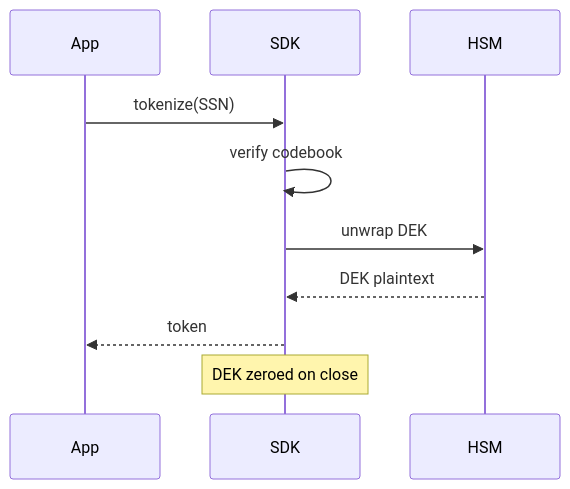
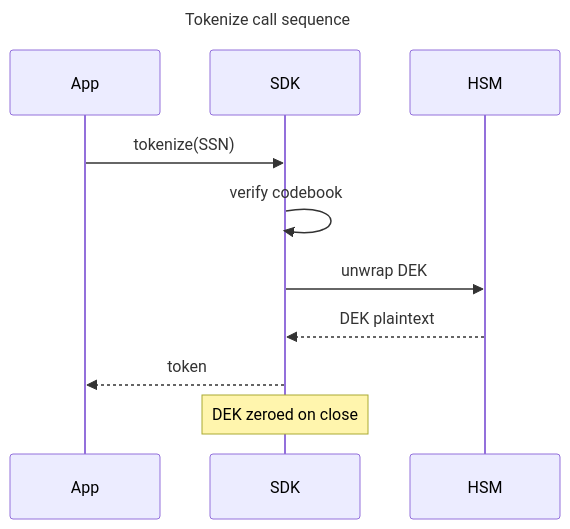
One commit to SlideWright/lattice changed the second of 25 diagrams in examples/mermaid-gallery.md. Above: the diagram before and after it, drawn with Mermaid. The commit also changed other lines of this file and 19 other files, not shown here.

````diff
--- a/examples/mermaid-gallery.md
+++ b/examples/mermaid-gallery.md
@@ -79,12 +82,15 @@
 ```mermaid
+---
+title: Tokenize call sequence
+---
 sequenceDiagram
   participant App
   participant SDK
   participant HSM
   App->>SDK: tokenize(SSN)
   SDK->>SDK: verify codebook
   SDK->>HSM: unwrap DEK
   HSM-->>SDK: DEK plaintext
   SDK-->>App: token
   Note over SDK: DEK zeroed on close
 ```
````
